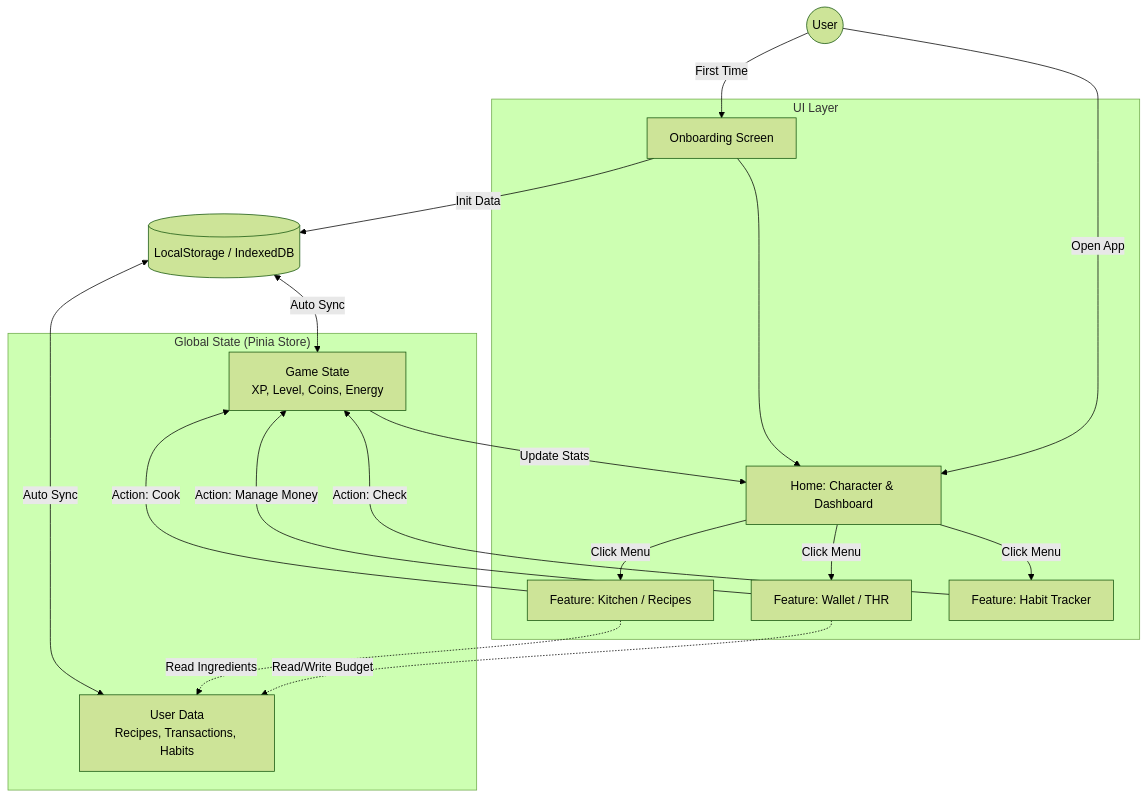
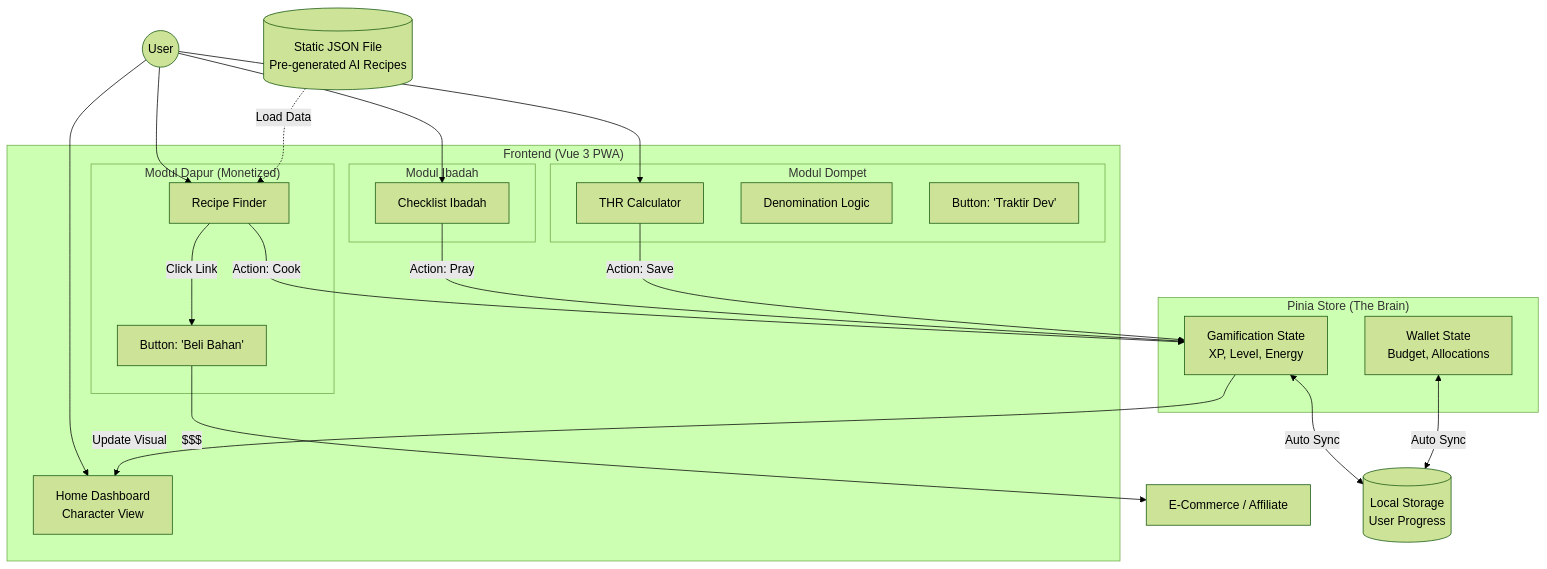
One commit to dwicaksono/ramadhan-quest changed the diagram in roadmap-init.md. Above: the diagram before and after it, drawn with Mermaid (forest theme). The commit also changed other lines of this file, not shown here.

````diff
--- a/roadmap-init.md
+++ b/roadmap-init.md
@@ -59,46 +54,59 @@
 ```mermaid
 graph TD
-    %% Nodes
+    %% Actors & External
     User((User))
-    Storage[(LocalStorage / IndexedDB)]
+    ExtShop[E-Commerce / Affiliate]
     
-    subgraph "Global State (Pinia Store)"
-        GameState[Game State<br/>XP, Level, Coins, Energy]
-        DataState[User Data<br/>Recipes, Transactions, Habits]
+    %% Data Source (Cost Efficiency)
+    StaticJSON[(Static JSON File<br/>Pre-generated AI Recipes)]
+    LocalStorage[(Local Storage<br/>User Progress)]
+
+    %% State Management
+    subgraph "Pinia Store (The Brain)"
+        GameState[Gamification State<br/>XP, Level, Energy]
+        WalletState[Wallet State<br/>Budget, Allocations]
     end
 
-    subgraph "UI Layer"
-        Onboarding[Onboarding Screen]
-        Home[Home: Character & Dashboard]
-        Kitchen[Feature: Kitchen / Recipes]
-        Wallet[Feature: Wallet / THR]
-        Habits[Feature: Habit Tracker]
+    %% UI Modules
+    subgraph "Frontend (Vue 3 PWA)"
+        Home[Home Dashboard<br/>Character View]
+        
+        subgraph "Modul Dapur (Monetized)"
+            KitchenUI[Recipe Finder]
+            AffiliateBtn[Button: 'Beli Bahan']
+        end
+        
+        subgraph "Modul Dompet"
+            WalletUI[THR Calculator]
+            MoneyBreaker[Denomination Logic]
+            DonateBtn[Button: 'Traktir Dev']
+        end
+        
+        subgraph "Modul Ibadah"
+            HabitUI[Checklist Ibadah]
+        end
     end
 
-    %% Flows
-    User -->|First Time| Onboarding
-    Onboarding -->|Init Data| Storage
-    Onboarding --> Home
+    %% Interactions
+    User --> Home
+    User --> KitchenUI
+    User --> WalletUI
+    User --> HabitUI
 
-    User -->|Open App| Home
-    Storage <-->|Auto Sync| GameState
-    Storage <-->|Auto Sync| DataState
+    %% Logic Flows
+    StaticJSON -.->|Load Data| KitchenUI
+    KitchenUI -->|Click Link| AffiliateBtn
+    AffiliateBtn -->|$$$| ExtShop
 
-    %% Feature Interaction
-    Home -->|Click Menu| Kitchen
-    Home -->|Click Menu| Wallet
-    Home -->|Click Menu| Habits
+    KitchenUI -->|Action: Cook| GameState
+    HabitUI -->|Action: Pray| GameState
+    WalletUI -->|Action: Save| GameState
 
-    %% Logic Feedback Loops
-    Kitchen -->|Action: Cook| GameState
-    Wallet -->|Action: Manage Money| GameState
-    Habits -->|Action: Check| GameState
+    %% Persistence
+    GameState <-->|Auto Sync| LocalStorage
+    WalletState <-->|Auto Sync| LocalStorage
 
-    %% Reactivity
-    GameState -->|Update Stats| Home
-    
-    %% Details
-    Kitchen -.->|Read Ingredients| DataState
-    Wallet -.->|Read/Write Budget| DataState
+    %% Feedback
+    GameState -->|Update Visual| Home
 
 ```
````
